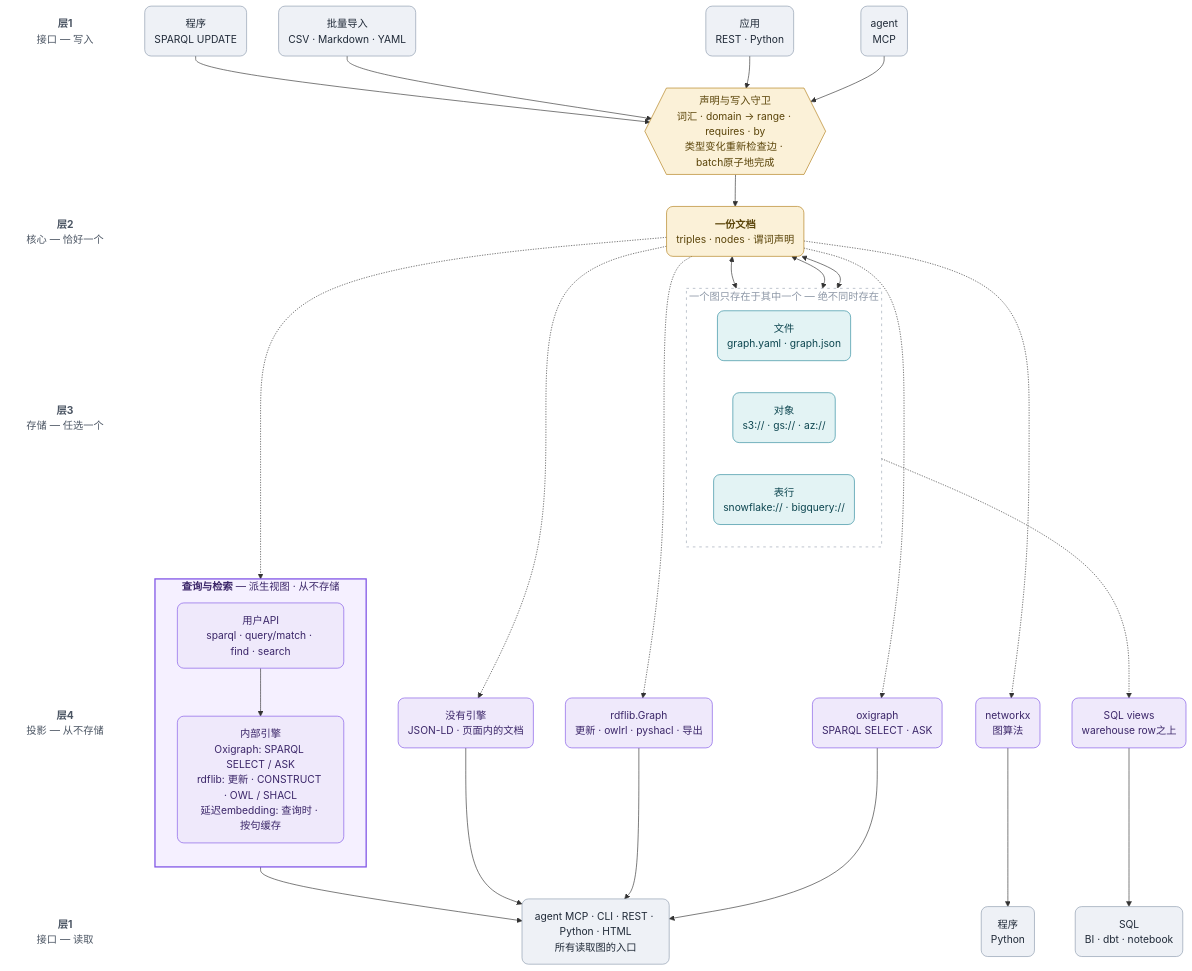
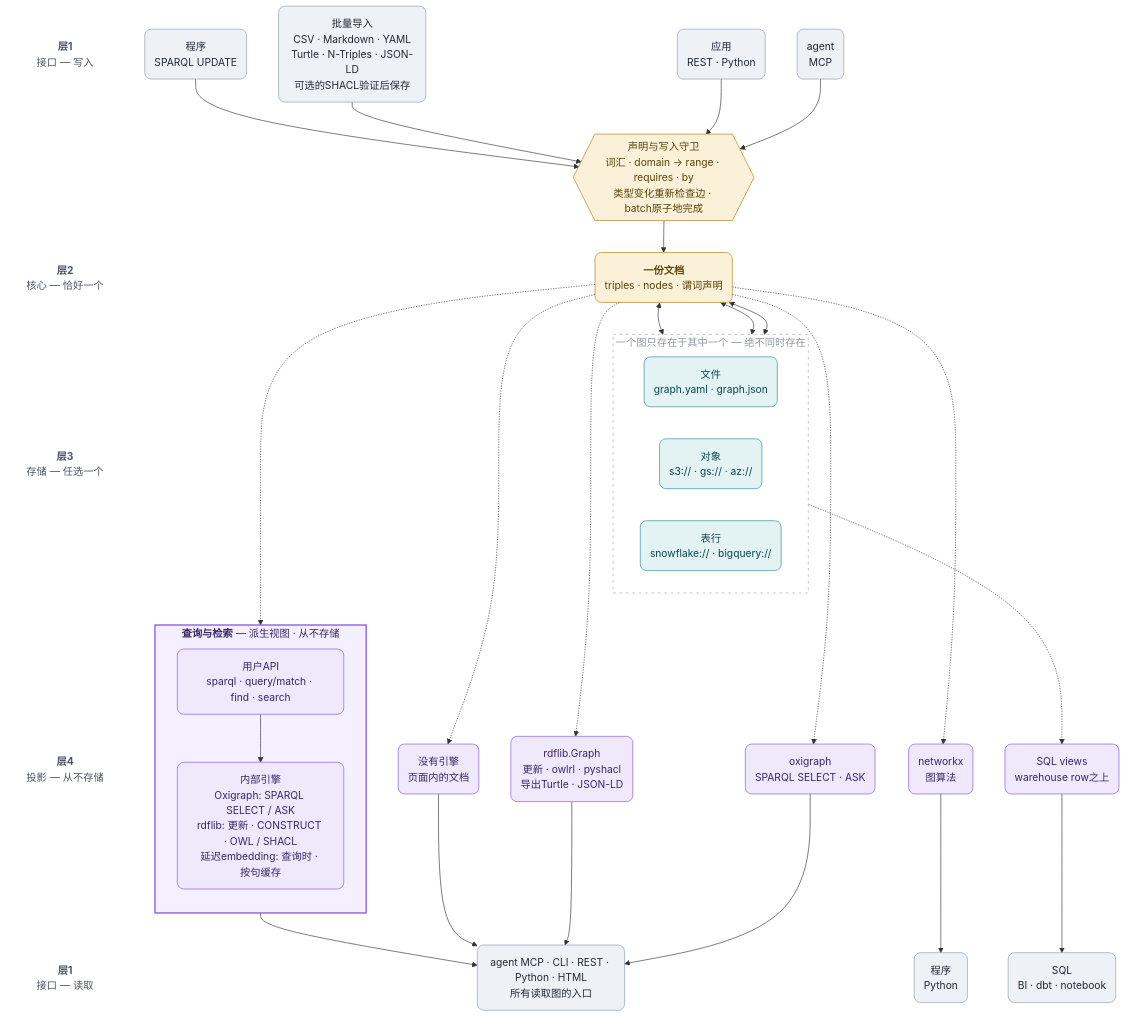
Before and after one commit to RyutoYoda/trikedb: the diagram in docs/ARCHITECTURE_zh.md, drawn with Mermaid. The commit also changed other lines of this file and 2 other files, not shown here.

Commit message:
Clarify RDF interchange in architecture diagrams (#32)

````diff
--- a/docs/ARCHITECTURE_zh.md
+++ b/docs/ARCHITECTURE_zh.md
@@ -7,75 +7,75 @@
 ```mermaid
 flowchart TB
     LA["<b>层1</b><br/>接口 — 写入"]
     LG[" "]
     LB["<b>层2</b><br/>核心 — 恰好一个"]
     LC["<b>层3</b><br/>存储 — 任选一个"]
     LD["<b>层4</b><br/>投影 — 从不存储"]
     LE["<b>层1</b><br/>接口 — 读取"]
     LA ~~~ LG ~~~ LB ~~~ LC ~~~ LD ~~~ LE
 
     WA("agent<br/>MCP")
     WC("应用<br/>REST · Python")
-    WI("批量导入<br/>CSV · Markdown · YAML")
+    WI("批量导入<br/>CSV · Markdown · YAML<br/>Turtle · N-Triples · JSON-LD<br/>可选的SHACL验证后保存")
     WP("程序<br/>SPARQL UPDATE")
     G{{"声明与写入守卫<br/>词汇 · domain → range · requires · by<br/>类型变化重新检查边 · batch原子地完成"}}
     C("<b>一份文档</b><br/>triples · nodes · 谓词声明")
     subgraph pick["一个图只存在于其中一个 — 绝不同时存在"]
         direction LR
         SF("文件<br/>graph.yaml · graph.json")
         SO("对象<br/>s3:// · gs:// · az://")
         SW("表行<br/>snowflake:// · bigquery://")
     end
     PO("oxigraph<br/>SPARQL SELECT · ASK")
-    PR("rdflib.Graph<br/>更新 · owlrl · pyshacl · 导出")
+    PR("rdflib.Graph<br/>更新 · owlrl · pyshacl<br/>导出Turtle · JSON-LD")
     PN("networkx<br/>图算法")
     PV("SQL views<br/>warehouse row之上")
-    PD("没有引擎<br/>JSON-LD · 页面内的文档")
+    PD("没有引擎<br/>页面内的文档")
     subgraph query["<b>查询与检索</b> — 派生视图 · 从不存储"]
         direction TB
         QAPI["用户API<br/>sparql · query/match · find · search"]
         QENG["内部引擎<br/>Oxigraph: SPARQL SELECT / ASK<br/>rdflib: 更新 · CONSTRUCT · OWL / SHACL<br/>延迟embedding: 查询时 · 按句缓存"]
         QAPI --> QENG
     end
     RQ("agent MCP · CLI · REST · Python · HTML<br/>所有读取图的入口")
     RG("程序<br/>Python")
     RS("SQL<br/>BI · dbt · notebook")
 
     WA --> G
     WC --> G
     WI --> G
     WP --> G
     G --> C
     C <--> SF
     C <--> SO
     C <--> SW
     SF ~~~ PO
     SF ~~~ PR
     SO ~~~ PN
     SW -.-> PV
     SW ~~~ PD
     C -.-> PO
     C -.-> PR
     C -.-> PN
     C -.-> PD
     C -.-> QAPI
     QENG --> RQ
     PO --> RQ
     PR --> RQ
     PN --> RG
     PV --> RS
     PD --> RQ
 
     style pick fill:none,stroke:#9aa4b3,stroke-width:1px,stroke-dasharray:4 6,color:#8d97a6
     style query fill:#f5f0ff,stroke:#8055e6,stroke-width:2px,color:#3a2568
     classDef lbl fill:none,stroke:none,color:#4b5563
     classDef iface fill:#eef1f6,stroke:#8d9aad,color:#1f2937,rx:10,ry:10
     classDef core fill:#fbf1d8,stroke:#b07d17,color:#5a4409,rx:10,ry:10
     classDef store fill:#e3f3f4,stroke:#2b8a9c,color:#0c454f,rx:10,ry:10
     classDef proj fill:#efe9fb,stroke:#8055e6,color:#3a2568,rx:10,ry:10
     class LA,LG,LB,LC,LD,LE lbl
     class WA,WC,WI,WP,RQ,RG,RS iface
     class C,G core
     class SF,SO,SW store
     class PO,PR,PN,PV,PD,QAPI,QENG proj
 ```
````
